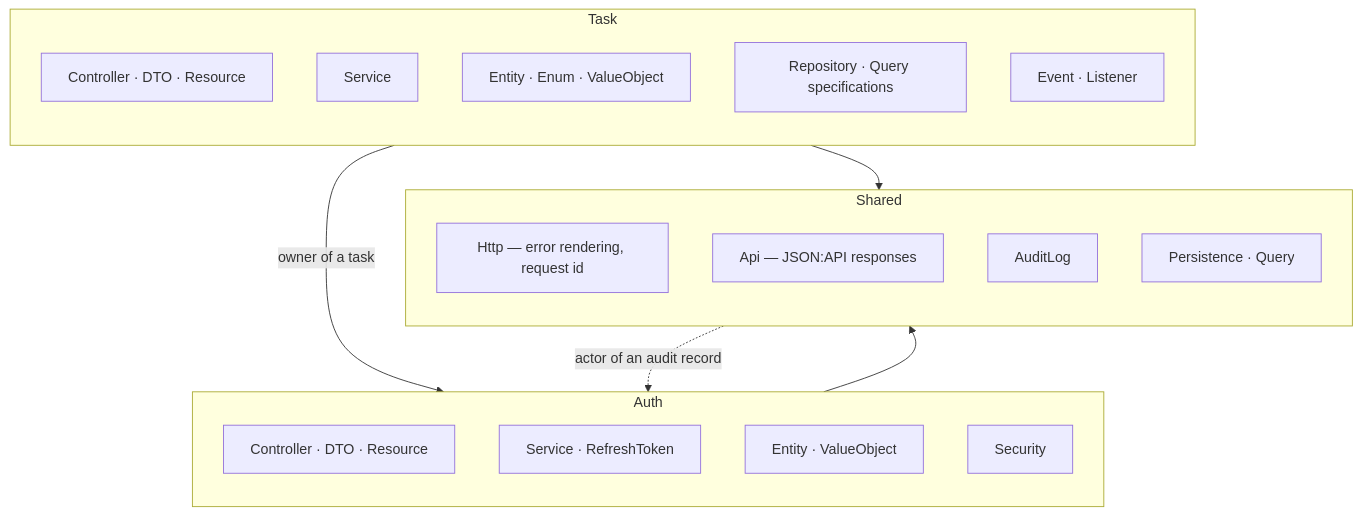
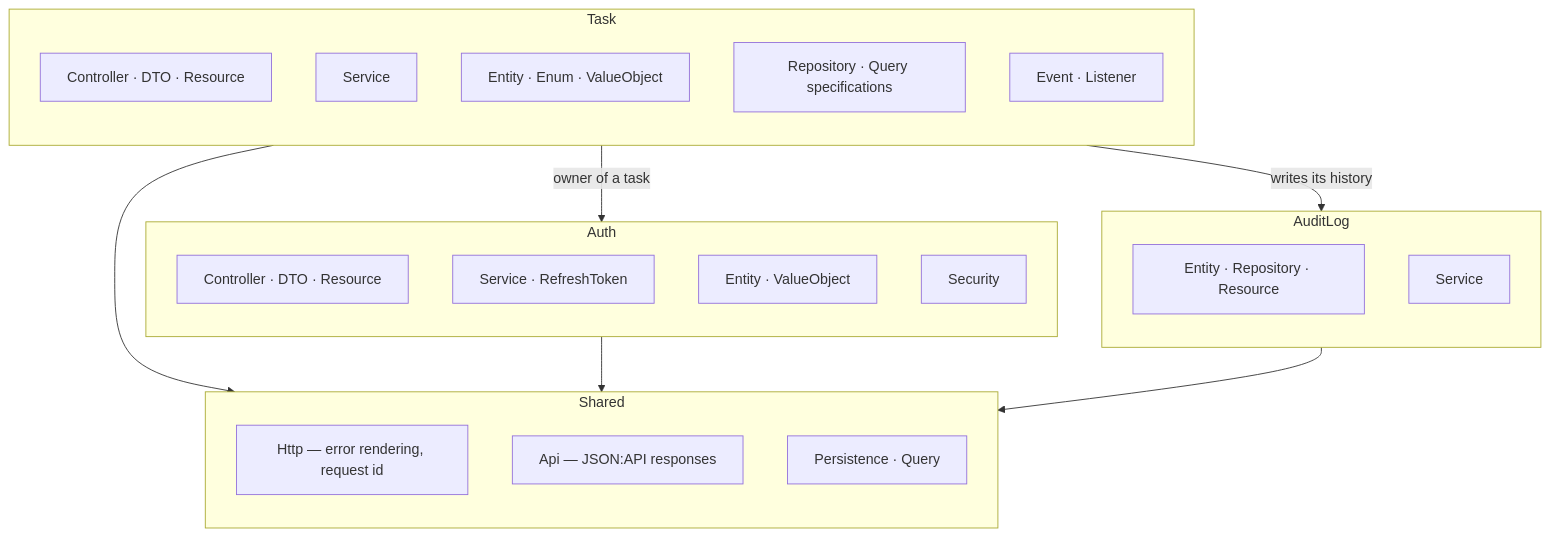
One commit to NikitaSomik/symfony-todo-app changed the second of 5 diagrams in docs/architecture.md. Above: the diagram before and after it, drawn with Mermaid. The commit also changed other lines of this file and 22 other files, not shown here.

Commit message:
refactor(audit-log): move the audit log into its own module (#73)

````diff
--- a/docs/architecture.md
+++ b/docs/architecture.md
@@ -29,32 +29,38 @@
 ```mermaid
 flowchart TB
     subgraph Task
         direction TB
         t1[Controller · DTO · Resource]
         t2[Service]
         t3[Entity · Enum · ValueObject]
         t4[Repository · Query specifications]
         t5[Event · Listener]
     end
 
     subgraph Auth
         direction TB
         a1[Controller · DTO · Resource]
         a2[Service · RefreshToken]
         a3[Entity · ValueObject]
         a4[Security]
     end
 
+    subgraph AuditLog
+        direction TB
+        l1[Entity · Repository · Resource]
+        l2[Service]
+    end
+
     subgraph Shared
         direction TB
         s1[Http — error rendering, request id]
         s2[Api — JSON:API responses]
-        s3[AuditLog]
         s4[Persistence · Query]
     end
 
     Task -->|owner of a task| Auth
+    Task -->|writes its history| AuditLog
     Task --> Shared
     Auth --> Shared
-    Shared -.->|actor of an audit record| Auth
+    AuditLog --> Shared
 ```
````
